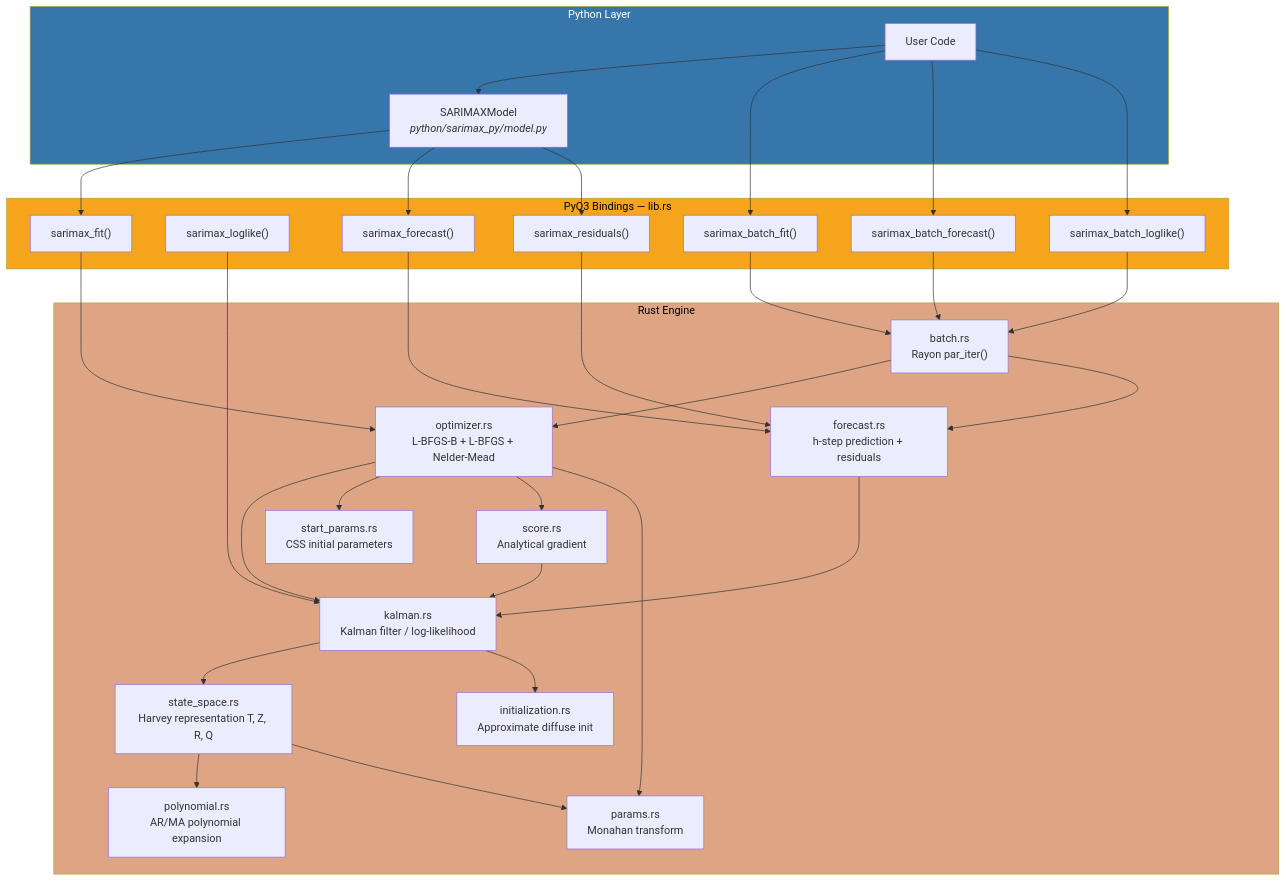
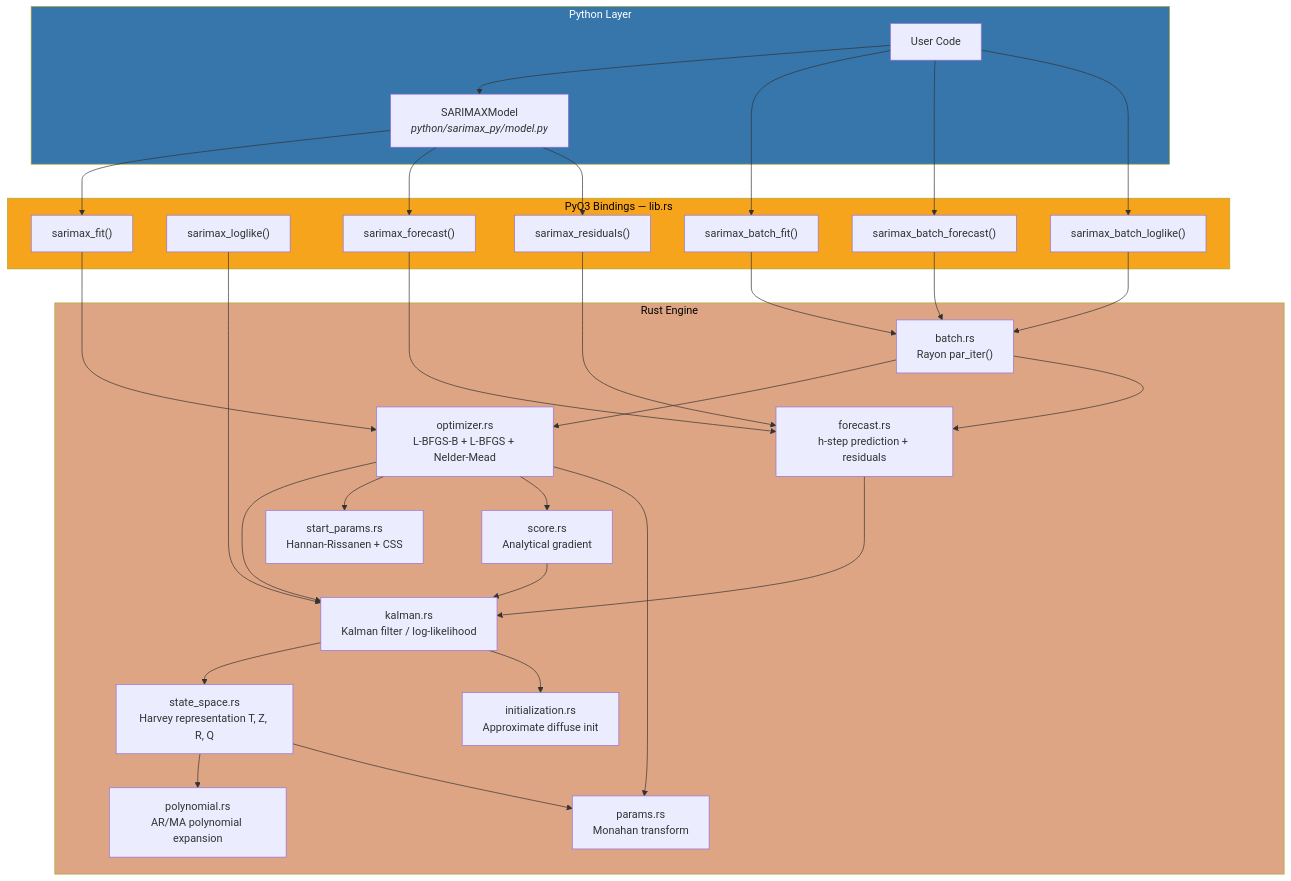
Before and after one commit to zongseung/Rust-python-arima: the first of 5 diagrams in README.md, drawn with Mermaid. The commit also changed other lines of this file, not shown here.

````diff
--- a/README.md
+++ b/README.md
@@ -161,63 +161,63 @@
 ```mermaid
 graph TB
     subgraph Python["Python Layer"]
         USER["User Code"]
         MODEL["SARIMAXModel<br/><i>python/sarimax_py/model.py</i>"]
         USER --> MODEL
     end
 
     subgraph PyO3["PyO3 Bindings — lib.rs"]
         FIT["sarimax_fit()"]
         LL["sarimax_loglike()"]
         FC["sarimax_forecast()"]
         RES["sarimax_residuals()"]
         BF["sarimax_batch_fit()"]
         BFC["sarimax_batch_forecast()"]
         BLL["sarimax_batch_loglike()"]
     end
 
     MODEL --> FIT
     MODEL --> FC
     MODEL --> RES
     USER --> BF
     USER --> BFC
     USER --> BLL
 
     subgraph Rust["Rust Engine"]
         OPT["optimizer.rs<br/>L-BFGS-B + L-BFGS + Nelder-Mead"]
         KAL["kalman.rs<br/>Kalman filter / log-likelihood"]
         FCAST["forecast.rs<br/>h-step prediction + residuals"]
         BATCH["batch.rs<br/>Rayon par_iter()"]
         SS["state_space.rs<br/>Harvey representation T, Z, R, Q"]
         INIT["initialization.rs<br/>Approximate diffuse init"]
-        SP["start_params.rs<br/>CSS initial parameters"]
+        SP["start_params.rs<br/>Hannan-Rissanen + CSS"]
         POLY["polynomial.rs<br/>AR/MA polynomial expansion"]
         PAR["params.rs<br/>Monahan transform"]
         SCR["score.rs<br/>Analytical gradient"]
     end
 
     FIT --> OPT
     LL --> KAL
     FC --> FCAST
     RES --> FCAST
     BF --> BATCH
     BFC --> BATCH
     BLL --> BATCH
 
     BATCH --> OPT
     BATCH --> FCAST
     OPT --> KAL
     OPT --> SP
     OPT --> SCR
     FCAST --> KAL
     KAL --> SS
     KAL --> INIT
     SS --> POLY
     SS --> PAR
     OPT --> PAR
     SCR --> KAL
 
     style Python fill:#3776ab,color:#fff
     style PyO3 fill:#f7a41d,color:#000
     style Rust fill:#dea584,color:#000
 ```
````
